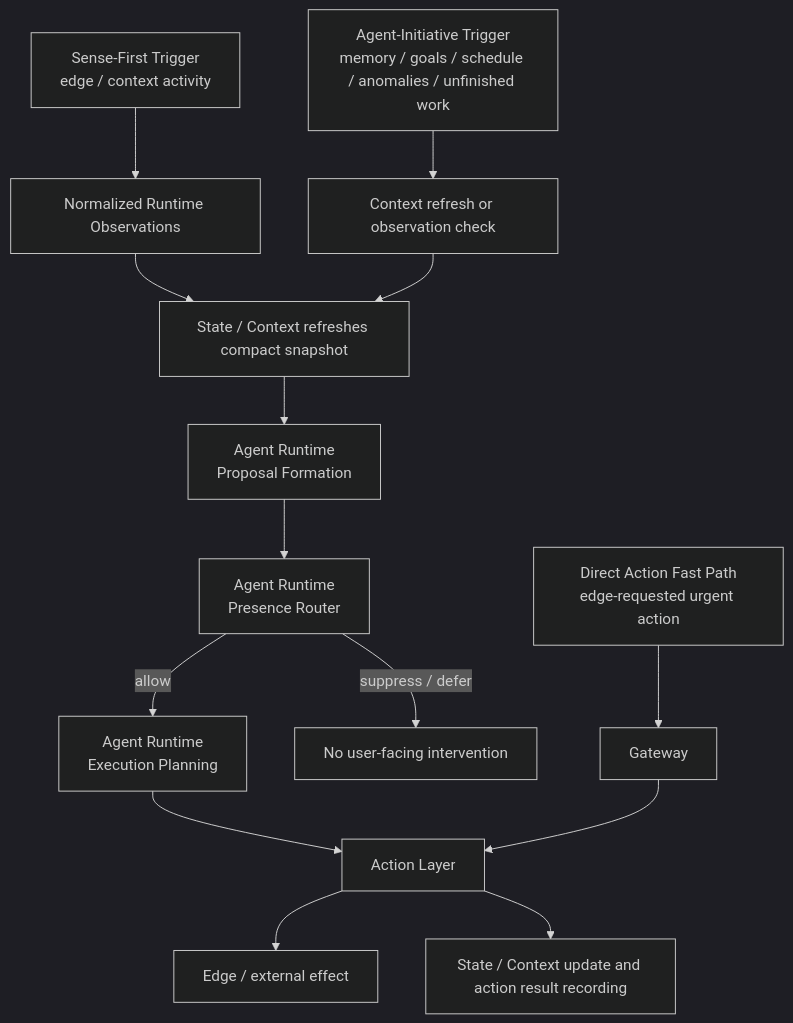
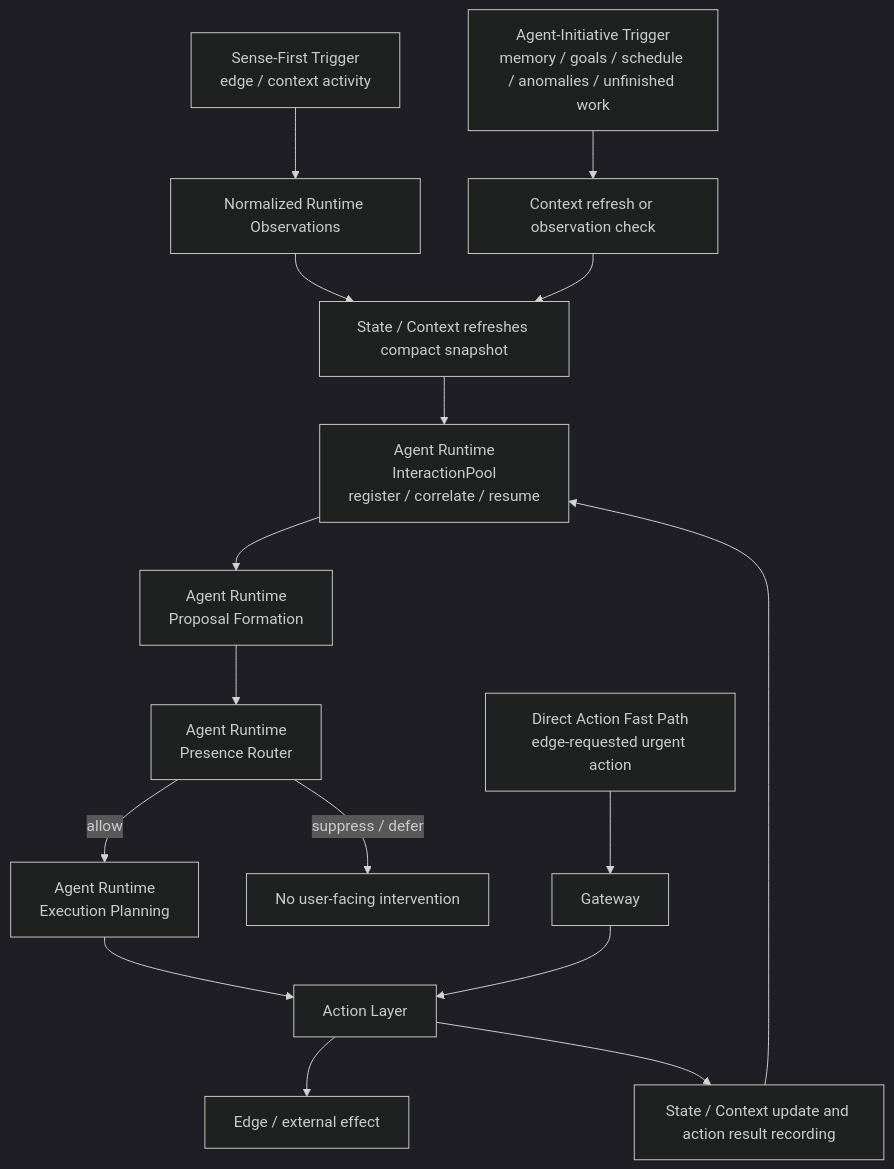
One commit to nwomn/openhalo changed the third of 3 diagrams in docs/plans/2026-06-16-runtime-architecture-design.md. Above: the diagram before and after it, drawn with Mermaid (dark theme). The commit also changed other lines of this file and 11 other files, not shown here.

Commit message:
refactor: keep interaction continuation inside agent runtime

````diff
--- a/docs/plans/2026-06-16-runtime-architecture-design.md
+++ b/docs/plans/2026-06-16-runtime-architecture-design.md
@@ -124,16 +130,18 @@
 ```mermaid
 flowchart TD
     SF1["Sense-First Trigger<br/>edge / context activity"] --> SF2["Normalized Runtime Observations"]
     SF2 --> SC["State / Context refreshes compact snapshot"]
     AI1["Agent-Initiative Trigger<br/>memory / goals / schedule / anomalies / unfinished work"] --> AI2["Context refresh or observation check"]
     AI2 --> SC
-    SC --> AP["Agent Runtime<br/>Proposal Formation"]
+    SC --> IP["Agent Runtime<br/>InteractionPool<br/>register / correlate / resume"]
+    IP --> AP["Agent Runtime<br/>Proposal Formation"]
     AP --> PR["Agent Runtime<br/>Presence Router"]
     PR -->|allow| EP["Agent Runtime<br/>Execution Planning"]
     PR -->|suppress / defer| NOOP["No user-facing intervention"]
     EP --> AL["Action Layer"]
     AL --> OUT["Edge / external effect"]
     AL --> ST["State / Context update and action result recording"]
+    ST --> IP
     DF1["Direct Action Fast Path<br/>edge-requested urgent action"] --> GW["Gateway"]
     GW --> AL
 ```
````
